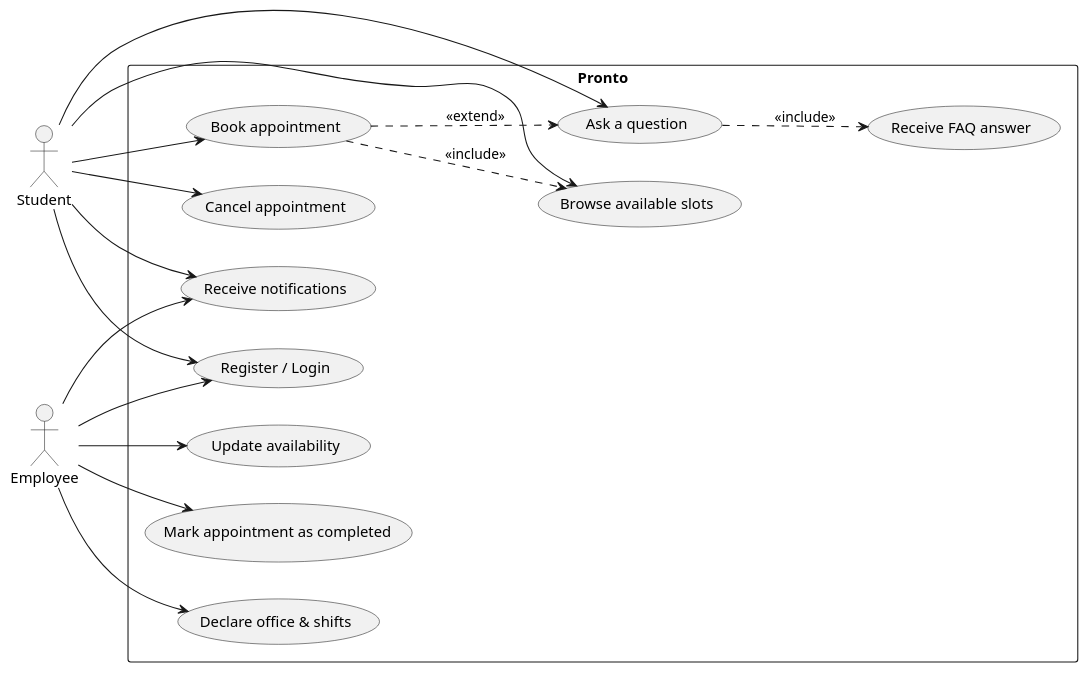
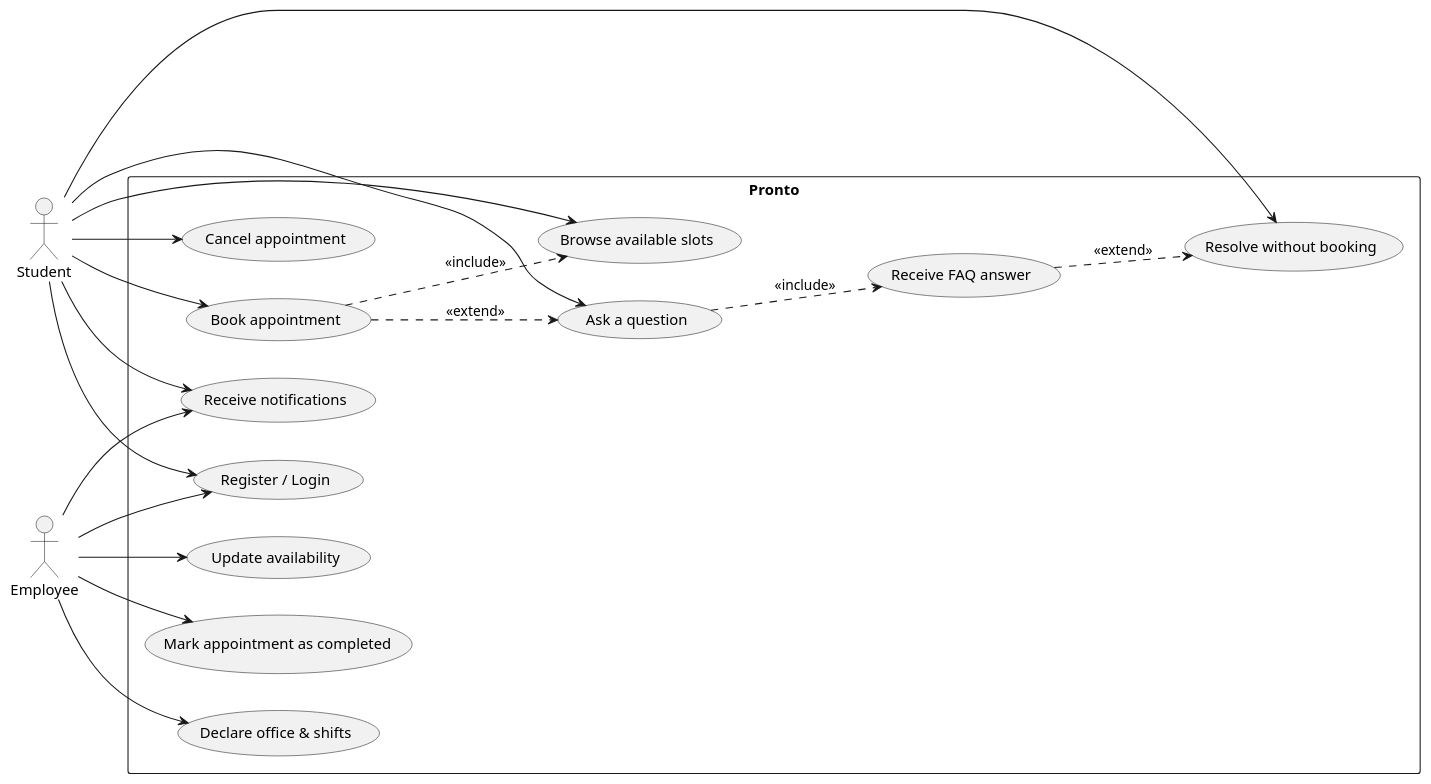
Before and after one commit to unibo-dtm-se-2526-PRONTO/report: the diagram in sections/02-requirements/assets/use-case-diagram.puml, drawn with PlantUML. The commit also changed 9 other files, not shown here.

```diff
--- a/sections/02-requirements/assets/use-case-diagram.puml
+++ b/sections/02-requirements/assets/use-case-diagram.puml
@@ -1,36 +1,39 @@
 @startuml use-case-diagram
 left to right direction
 
 actor Student
 actor Employee
 
 rectangle Pronto {
     usecase "Register / Login" as UC1
     usecase "Declare office & shifts" as UC2
     usecase "Update availability" as UC3
     usecase "Ask a question" as UC4
     usecase "Receive FAQ answer" as UC5
+    usecase "Resolve without booking" as UC5a
     usecase "Browse available slots" as UC6
     usecase "Book appointment" as UC7
     usecase "Cancel appointment" as UC8
     usecase "Mark appointment as completed" as UC9
     usecase "Receive notifications" as UC10
 }
 
 Student --> UC1
 Student --> UC4
+Student --> UC5a
 Student --> UC6
 Student --> UC7
 Student --> UC8
 Student --> UC10
 
 Employee --> UC1
 Employee --> UC2
 Employee --> UC3
 Employee --> UC9
 Employee --> UC10
 
 UC4 ..> UC5 : <<include>>
+UC5 ..> UC5a : <<extend>>
 UC7 ..> UC6 : <<include>>
 UC7 ..> UC4 : <<extend>>
 @enduml
```
